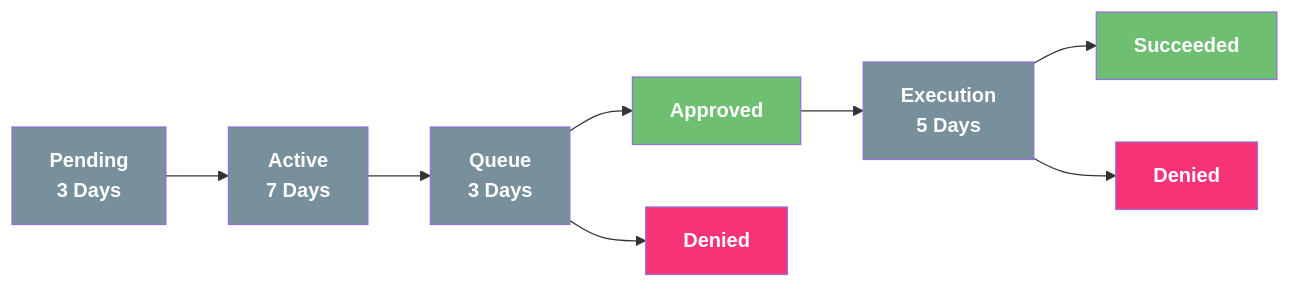
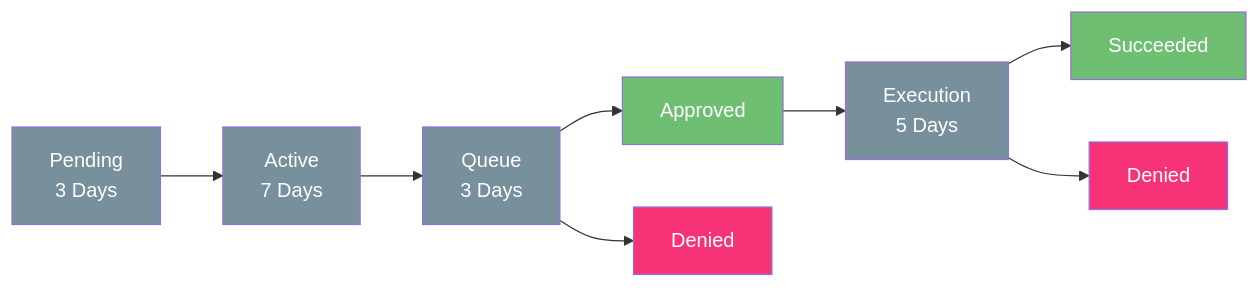
The diagram in docs/governance/governance.md (koindx/docs), drawn with Mermaid before and after one commit. The commit also changed 2 other files, not shown here.

Commit message:
feat: updated images

````diff
--- a/docs/governance/governance.md
+++ b/docs/governance/governance.md
@@ -17,15 +17,15 @@
 ```mermaid
 
 flowchart LR
-classDef deniedEvent fill:#f73378,color:white,font-weight:bold;
-classDef successEvent fill:#6fbf73,color:white,font-weight:bold;
-classDef neutralEvent fill:#78909c,color:white,font-weight:bold;
+classDef deniedEvent fill:#f73378,color:white;
+classDef successEvent fill:#6fbf73,color:white;
+classDef neutralEvent fill:#78909c,color:white;
 
     A[Pending <br />3 Days]:::neutralEvent-->B[Active]:::neutralEvent
     B[Active <br />7 Days]-->C[Queue]:::neutralEvent
     C[Queue]-->E[Approved]:::successEvent
     C[Queue <br />3 Days]-->D[Denied]:::deniedEvent
     E[Approved]-->F[Execution]:::neutralEvent
     F[Execution]-->G[Succeeded]:::successEvent
     F[Execution <br />5 Days]-->H[Denied]:::deniedEvent
 ```
````
